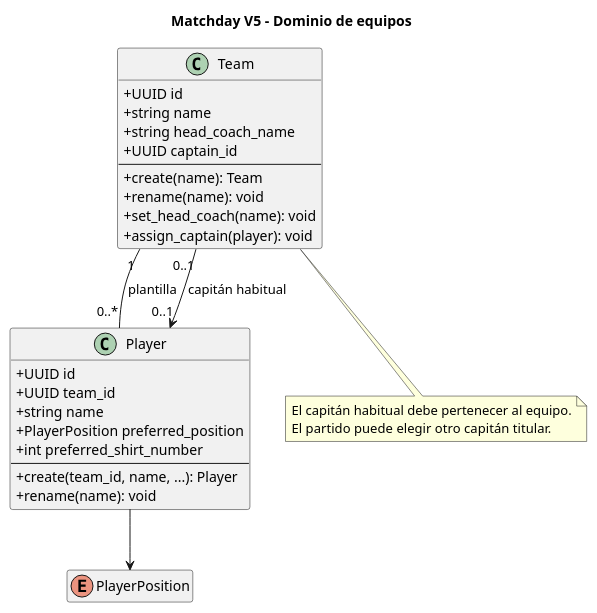
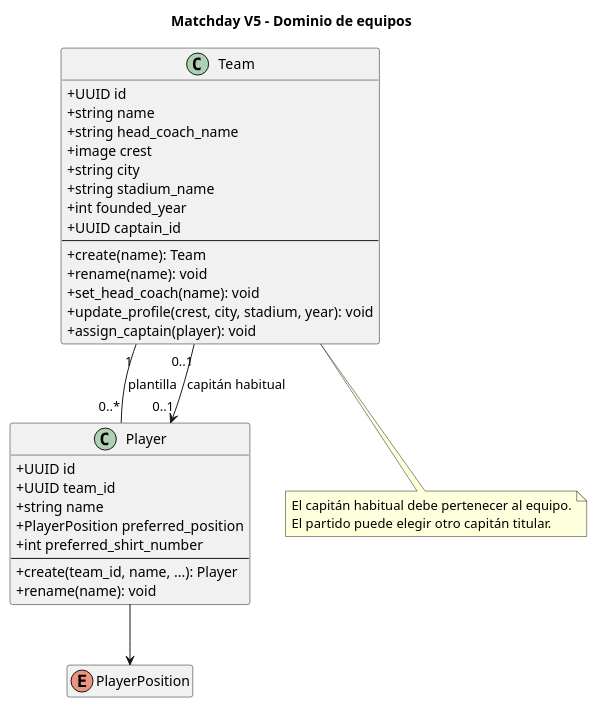
The diagram in docs/diagrams/domain/teams.puml (JaredDet/Match-Day), drawn with PlantUML before and after one commit. The commit also changed 38 other files, not shown here.

```diff
--- a/docs/diagrams/domain/teams.puml
+++ b/docs/diagrams/domain/teams.puml
@@ -1,40 +1,45 @@
 @startuml Matchday Teams Domain
 title Matchday V5 - Dominio de equipos
 
 hide empty members
 skinparam classAttributeIconSize 0
 
 class Team {
   +UUID id
   +string name
   +string head_coach_name
+  +image crest
+  +string city
+  +string stadium_name
+  +int founded_year
   +UUID captain_id
   --
   +create(name): Team
   +rename(name): void
   +set_head_coach(name): void
+  +update_profile(crest, city, stadium, year): void
   +assign_captain(player): void
 }
 
 class Player {
   +UUID id
   +UUID team_id
   +string name
   +PlayerPosition preferred_position
   +int preferred_shirt_number
   --
   +create(team_id, name, ...): Player
   +rename(name): void
 }
 
 enum PlayerPosition
 
 Team "1" -- "0..*" Player : plantilla
 Team "0..1" --> "0..1" Player : capitán habitual
 Player --> PlayerPosition
 
 note bottom of Team
   El capitán habitual debe pertenecer al equipo.
   El partido puede elegir otro capitán titular.
 end note
 @enduml
```
